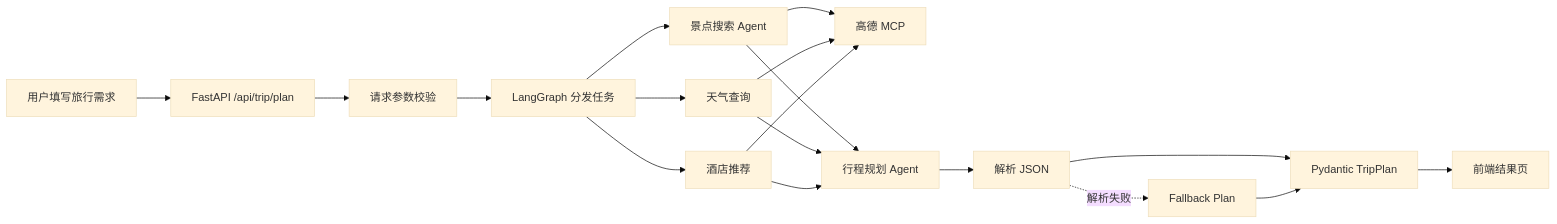
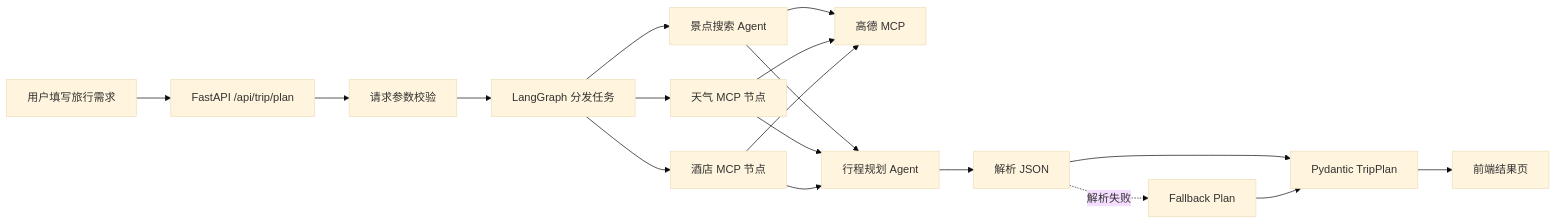
One commit to zoupingan/trip-planner changed the diagram in README.md. Above: the diagram before and after it, drawn with Mermaid (base theme). The commit also changed other lines of this file, not shown here.

````diff
--- a/README.md
+++ b/README.md
@@ -103,24 +138,24 @@
 ```mermaid
 flowchart LR
     U["用户填写旅行需求"] --> API["FastAPI /api/trip/plan"]
     API --> V["请求参数校验"]
     V --> D["LangGraph 分发任务"]
 
     D --> A["景点搜索 Agent"]
-    D --> W["天气查询"]
-    D --> H["酒店推荐"]
+    D --> W["天气 MCP 节点"]
+    D --> H["酒店 MCP 节点"]
 
     A --> MCP["高德 MCP"]
     W --> MCP
     H --> MCP
 
     A --> P["行程规划 Agent"]
     W --> P
     H --> P
 
     P --> J["解析 JSON"]
     J --> S["Pydantic TripPlan"]
     J -. "解析失败" .-> F["Fallback Plan"]
     F --> S
     S --> UI["前端结果页"]
 ```
````
